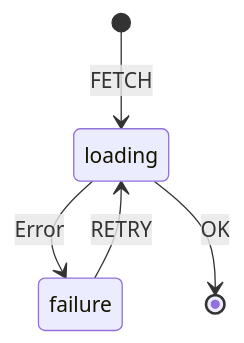
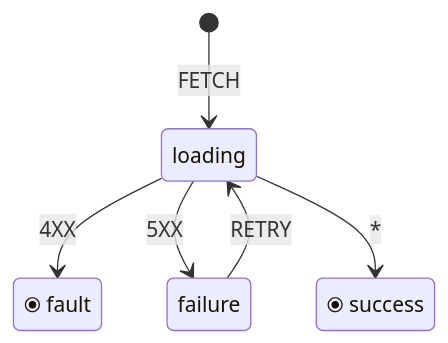
One commit to drivly/state.do changed the diagram in README.md. Above: the diagram before and after it, drawn with Mermaid. The commit also changed other lines of this file and 1 other file, not shown here.

````diff
--- a/README.md
+++ b/README.md
@@ -18,7 +19,8 @@
 ```mermaid
 stateDiagram-v2
 [*]-->loading: FETCH
-loading-->failure: Error
+loading-->⦿&nbsp;fault: 4XX
+loading-->failure: 5XX
+loading-->⦿&nbsp;success: *
 failure-->loading: RETRY
-loading-->[*]: OK
 ```
````
